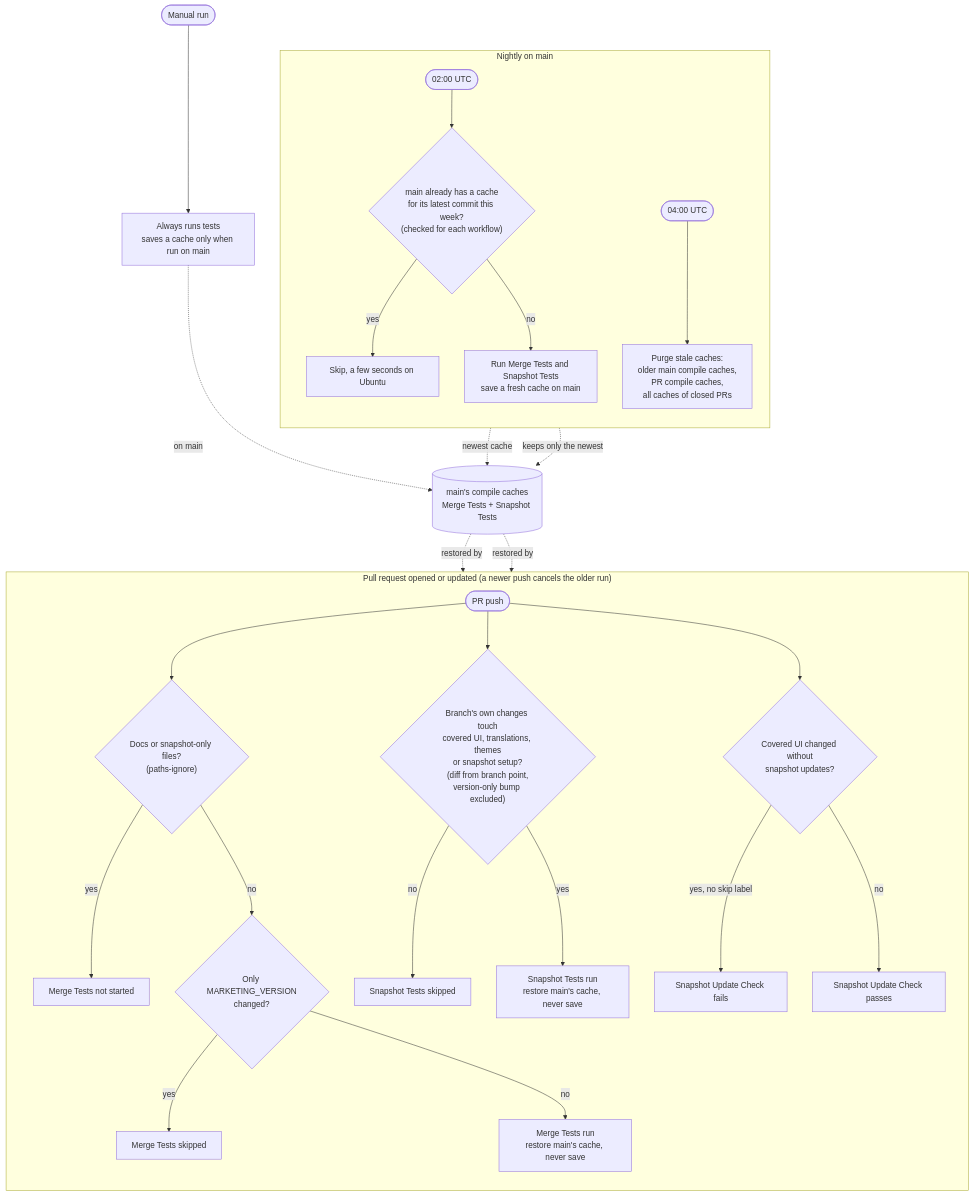
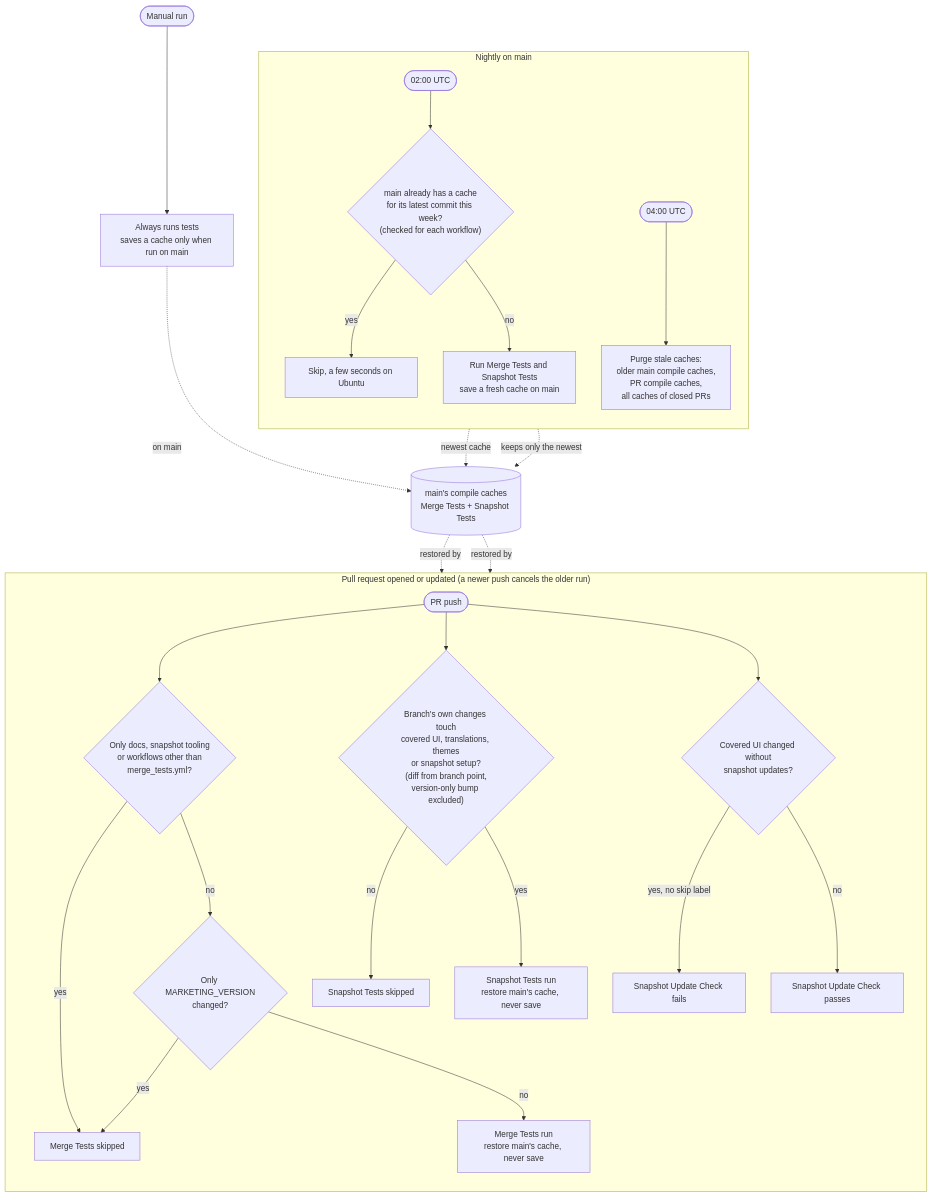
Before and after one commit to ecosia/ios-browser: the diagram in firefox-ios/Ecosia/Ecosia.docc/CI_WORKFLOWS.md, drawn with Mermaid. The commit also changed other lines of this file and 1 other file, not shown here.

Commit message:
[MOB-4907] Skip merge tests for irrelevant changes in the relevance job (#1353)
paths-ignore never starts the workflow, so a required Execute Merge
Tests check waits forever, while a skipped job counts as passing. The
relevance job now skips docs, snapshot tooling and workflows other than
merge_tests.yml, so sync PRs into upgrade/firefox that touch none of the
code auto-merge.

````diff
--- a/firefox-ios/Ecosia/Ecosia.docc/CI_WORKFLOWS.md
+++ b/firefox-ios/Ecosia/Ecosia.docc/CI_WORKFLOWS.md
@@ -5,35 +5,35 @@
 ```mermaid
 flowchart TB
   subgraph PR["Pull request opened or updated (a newer push cancels the older run)"]
     direction TB
-    pr([PR push]) --> mtFilter{"Docs or snapshot-only files?<br/>(paths-ignore)"}
-    mtFilter -- yes --> mtNone[Merge Tests not started]
+    pr([PR push]) --> mtFilter{"Only docs, snapshot tooling<br/>or workflows other than<br/>merge_tests.yml?"}
+    mtFilter -- yes --> mtSkip
     mtFilter -- no --> mtClass{"Only MARKETING_VERSION<br/>changed?"}
     mtClass -- yes --> mtSkip[Merge Tests skipped]
     mtClass -- no --> mtRun["Merge Tests run<br/>restore main's cache, never save"]
 
     pr --> stClass{"Branch's own changes touch<br/>covered UI, translations, themes<br/>or snapshot setup?<br/>(diff from branch point,<br/>version-only bump excluded)"}
     stClass -- no --> stSkip[Snapshot Tests skipped]
     stClass -- yes --> stRun["Snapshot Tests run<br/>restore main's cache, never save"]
 
     pr --> suc{"Covered UI changed without<br/>snapshot updates?"}
     suc -- "yes, no skip label" --> sucFail[Snapshot Update Check fails]
     suc -- no --> sucOk[Snapshot Update Check passes]
   end
 
   subgraph Nightly["Nightly on main"]
     direction TB
     n2(["02:00 UTC"]) --> nCheck{"main already has a cache<br/>for its latest commit this week?<br/>(checked for each workflow)"}
     nCheck -- yes --> nSkip[Skip, a few seconds on Ubuntu]
     nCheck -- no --> nRun["Run Merge Tests and Snapshot Tests<br/>save a fresh cache on main"]
     n4(["04:00 UTC"]) --> purge["Purge stale caches:<br/>older main compile caches,<br/>PR compile caches,<br/>all caches of closed PRs"]
   end
 
   manual(["Manual run"]) --> mRun["Always runs tests<br/>saves a cache only when run on main"]
 
   nRun -. newest cache .-> cache[("main's compile caches<br/>Merge Tests + Snapshot Tests")]
   mRun -. on main .-> cache
   cache -. restored by .-> mtRun
   cache -. restored by .-> stRun
   purge -. keeps only the newest .-> cache
 ```
````
